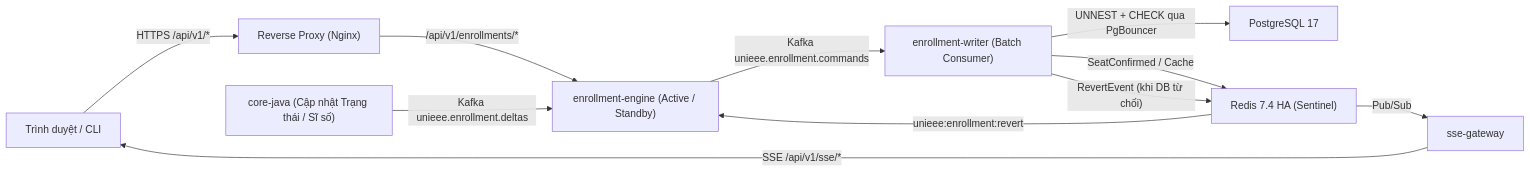
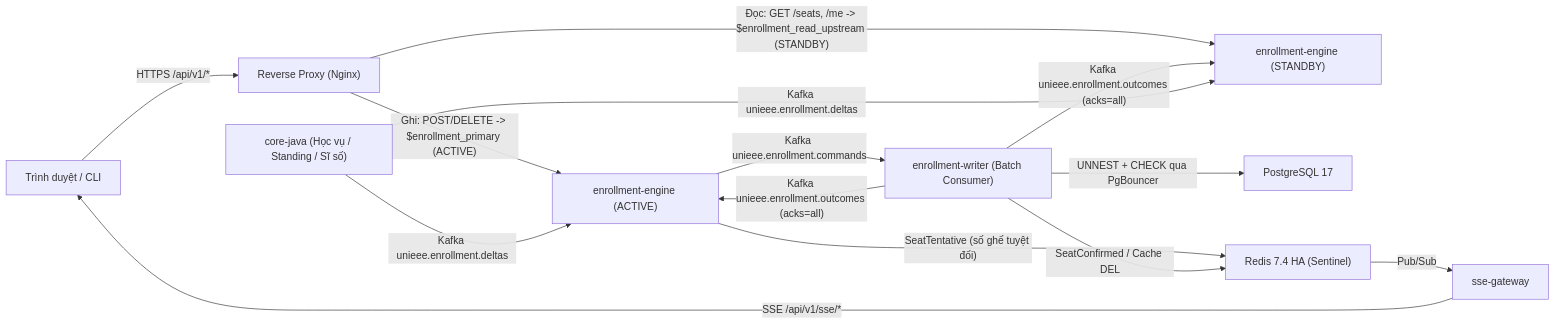
One commit to D3etMe4n/unieee changed the third of 3 diagrams in guides/vi/architecture.md. Above: the diagram before and after it, drawn with Mermaid. The commit also changed other lines of this file and 13 other files, not shown here.

Commit message:
docs(guides): document Kafka enrollment outcomes, hot-path read split, and core-java read-through cache

````diff
--- a/guides/vi/architecture.md
+++ b/guides/vi/architecture.md
@@ -97,13 +98,16 @@
 ```mermaid
 flowchart LR
     Client["Trình duyệt / CLI"] -->|"HTTPS /api/v1/*"| Nginx["Reverse Proxy (Nginx)"]
-    Nginx -->|"/api/v1/enrollments/*"| Engine["enrollment-engine (Active / Standby)"]
-    Engine -->|"Kafka unieee.enrollment.commands"| Writer["enrollment-writer (Batch Consumer)"]
+    Nginx -->|"Ghi: POST/DELETE -> $enrollment_primary (ACTIVE)"| EngineActive["enrollment-engine (ACTIVE)"]
+    Nginx -->|"Đọc: GET /seats, /me -> $enrollment_read_upstream (STANDBY)"| EngineStandby["enrollment-engine (STANDBY)"]
+    EngineActive -->|"Kafka unieee.enrollment.commands"| Writer["enrollment-writer (Batch Consumer)"]
     Writer -->|"UNNEST + CHECK qua PgBouncer"| PG["PostgreSQL 17"]
-    Writer -->|"SeatConfirmed / Cache"| Redis["Redis 7.4 HA (Sentinel)"]
-    Writer -->|"RevertEvent (khi DB từ chối)"| Redis
-    Redis -->|"unieee:enrollment:revert"| Engine
+    Writer -->|"Kafka unieee.enrollment.outcomes (acks=all)"| EngineActive
+    Writer -->|"Kafka unieee.enrollment.outcomes (acks=all)"| EngineStandby
+    EngineActive -->|"SeatTentative (số ghế tuyệt đối)"| Redis["Redis 7.4 HA (Sentinel)"]
+    Writer -->|"SeatConfirmed / Cache DEL"| Redis
     Redis -->|"Pub/Sub"| SSE["sse-gateway"]
     SSE -->|"SSE /api/v1/sse/*"| Client
-    Core["core-java (Cập nhật Trạng thái / Sĩ số)"] -->|"Kafka unieee.enrollment.deltas"| Engine
+    Core["core-java (Học vụ / Standing / Sĩ số)"] -->|"Kafka unieee.enrollment.deltas"| EngineActive
+    Core -->|"Kafka unieee.enrollment.deltas"| EngineStandby
 ```
````
